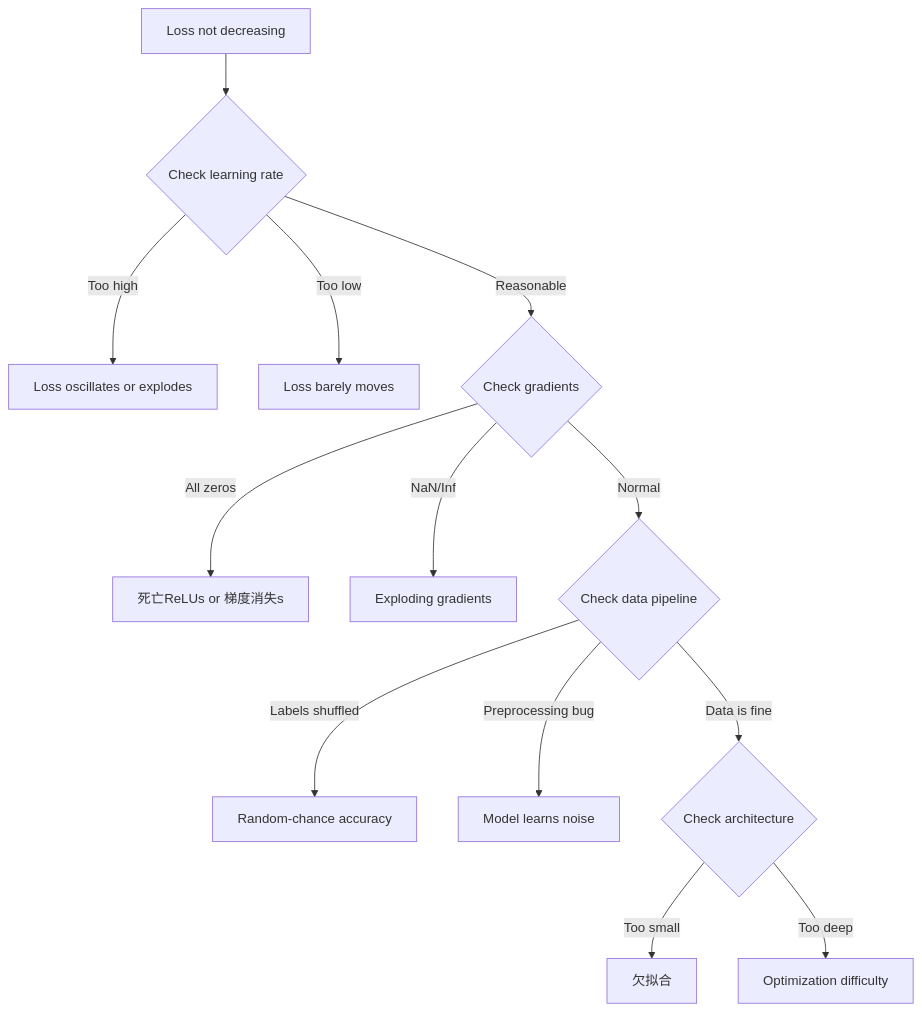
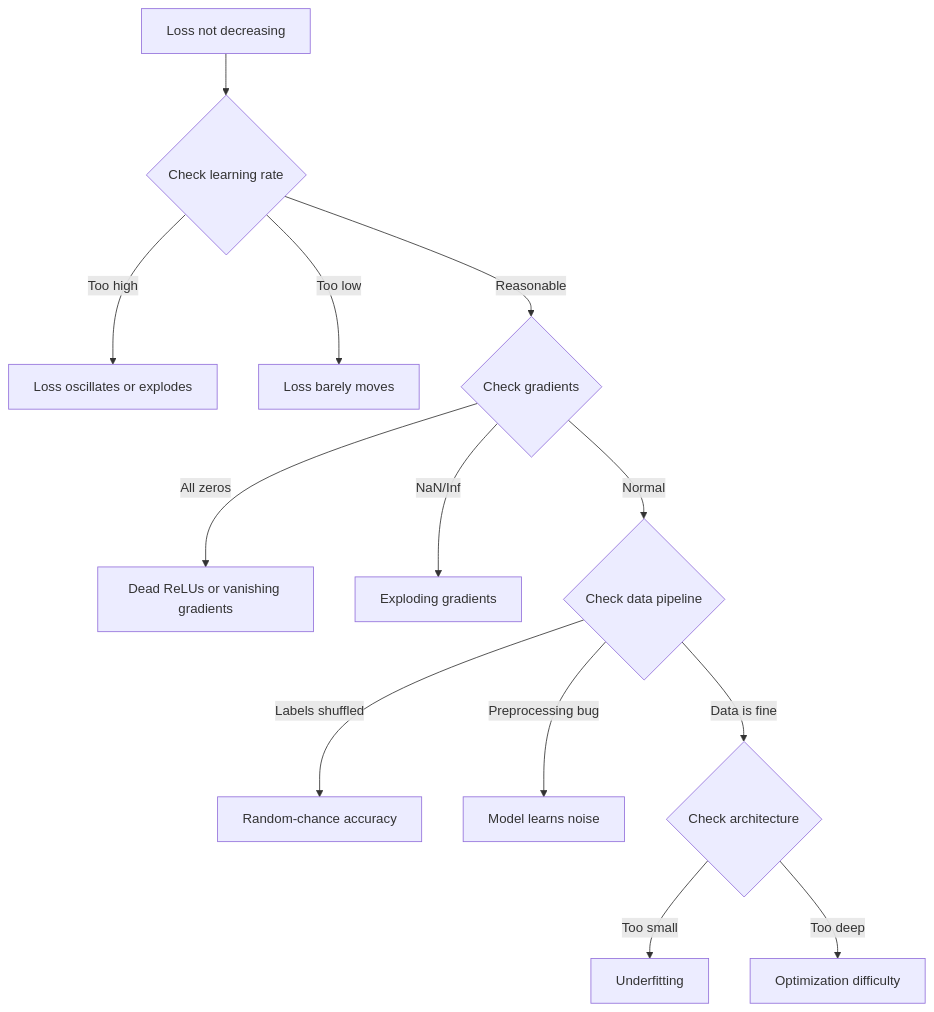
Before and after one commit to arwei944/ai-engineering-from-scratch: the first of 5 diagrams in phases/03-deep-learning-core/13-debugging-neural-networks/docs/zh.md, drawn with Mermaid. The commit also changed other lines of this file and 65 other files, not shown here.

````diff
--- a/phases/03-deep-learning-core/13-debugging-neural-networks/docs/zh.md
+++ b/phases/03-deep-learning-core/13-debugging-neural-networks/docs/zh.md
@@ -37,15 +37,15 @@
 ```mermaid
 flowchart TD
     A["Loss not decreasing"] --> B{"Check learning rate"}
     B -->|"Too high"| C["Loss oscillates or explodes"]
     B -->|"Too low"| D["Loss barely moves"]
     B -->|"Reasonable"| E{"Check gradients"}
-    E -->|"All zeros"| F["死亡ReLUs or 梯度消失s"]
+    E -->|"All zeros"| F["Dead ReLUs or vanishing gradients"]
     E -->|"NaN/Inf"| G["Exploding gradients"]
     E -->|"Normal"| H{"Check data pipeline"}
     H -->|"Labels shuffled"| I["Random-chance accuracy"]
     H -->|"Preprocessing bug"| J["Model learns noise"]
     H -->|"Data is fine"| K{"Check architecture"}
-    K -->|"Too small"| L["欠拟合"]
+    K -->|"Too small"| L["Underfitting"]
     K -->|"Too deep"| M["Optimization difficulty"]
 ```
````
